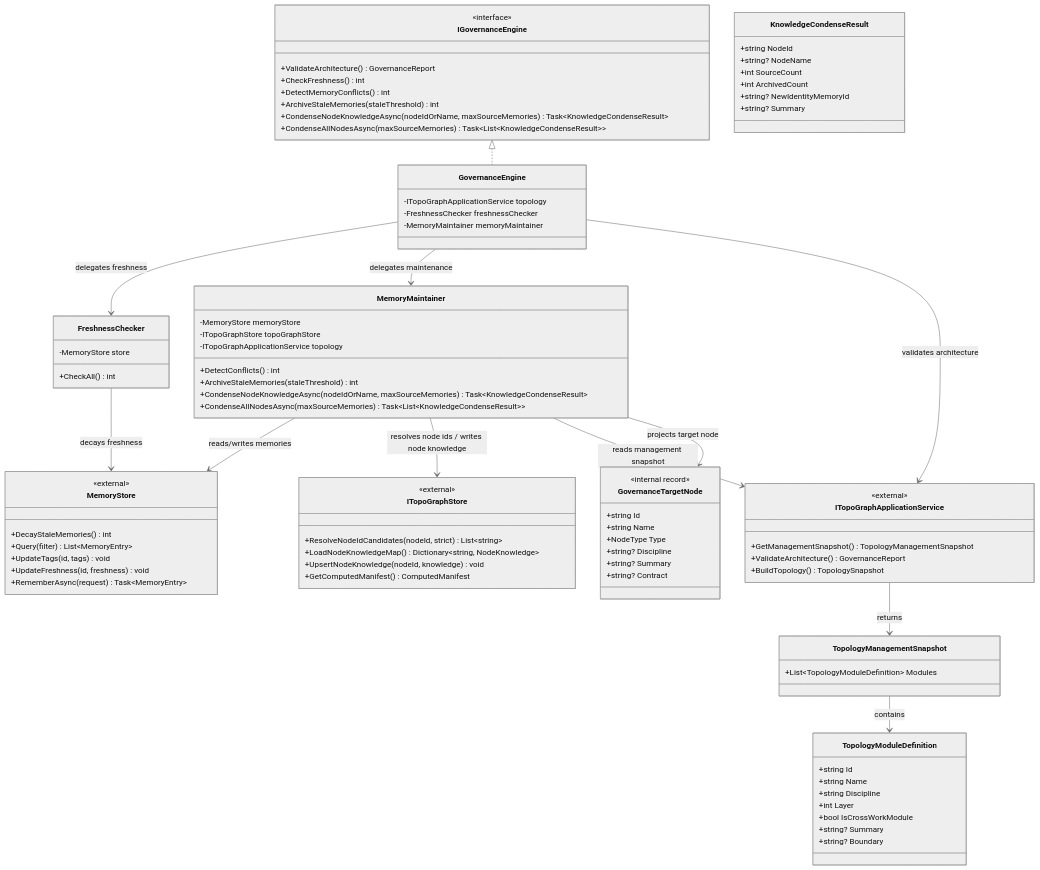
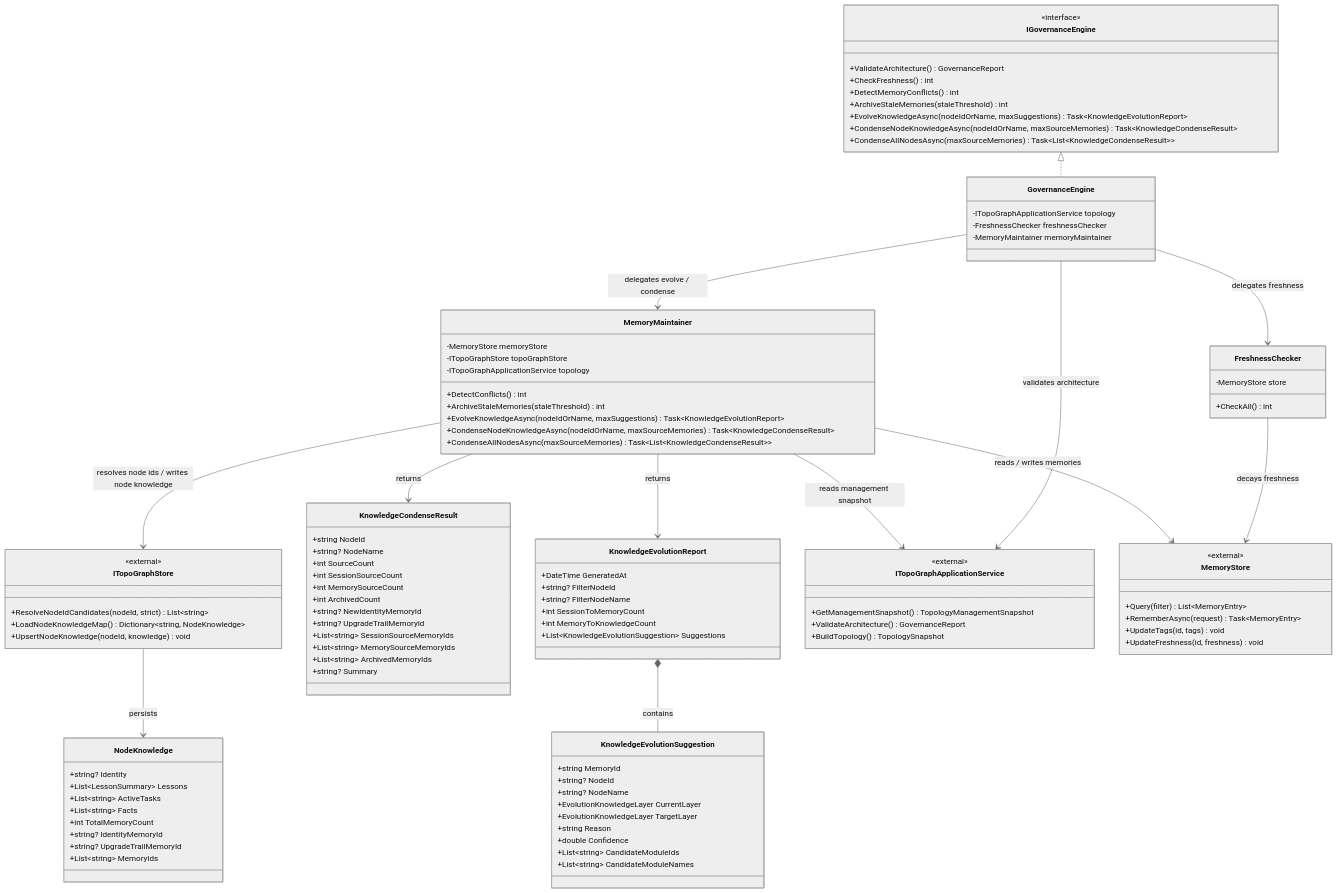
One commit to nan023062/project-dna changed the diagram in src/Dna.Knowledge/Governance/CLASS-DIAGRAM.md. Above: the diagram before and after it, drawn with Mermaid (neutral theme). The commit also changed other lines of this file and 30 other files, not shown here.

Commit message:
refactor memory governance and module knowledge flow

````diff
--- a/src/Dna.Knowledge/Governance/CLASS-DIAGRAM.md
+++ b/src/Dna.Knowledge/Governance/CLASS-DIAGRAM.md
@@ -16,6 +14,7 @@
         +CheckFreshness() int
         +DetectMemoryConflicts() int
         +ArchiveStaleMemories(staleThreshold) int
+        +EvolveKnowledgeAsync(nodeIdOrName, maxSuggestions) Task~KnowledgeEvolutionReport~
         +CondenseNodeKnowledgeAsync(nodeIdOrName, maxSourceMemories) Task~KnowledgeCondenseResult~
         +CondenseAllNodesAsync(maxSourceMemories) Task~List~KnowledgeCondenseResult~~
     }
@@ -37,50 +36,56 @@
         -ITopoGraphApplicationService topology
         +DetectConflicts() int
         +ArchiveStaleMemories(staleThreshold) int
+        +EvolveKnowledgeAsync(nodeIdOrName, maxSuggestions) Task~KnowledgeEvolutionReport~
         +CondenseNodeKnowledgeAsync(nodeIdOrName, maxSourceMemories) Task~KnowledgeCondenseResult~
         +CondenseAllNodesAsync(maxSourceMemories) Task~List~KnowledgeCondenseResult~~
     }
 
-    class GovernanceTargetNode {
-        <<internal record>>
-        +string Id
-        +string Name
-        +NodeType Type
-        +string? Discipline
-        +string? Summary
-        +string? Contract
+    class KnowledgeEvolutionReport {
+        +DateTime GeneratedAt
+        +string? FilterNodeId
+        +string? FilterNodeName
+        +int SessionToMemoryCount
+        +int MemoryToKnowledgeCount
+        +List~KnowledgeEvolutionSuggestion~ Suggestions
     }
 
-    class TopologyManagementSnapshot {
-        +List~TopologyModuleDefinition~ Modules
-    }
-
-    class TopologyModuleDefinition {
-        +string Id
-        +string Name
-        +string Discipline
-        +int Layer
-        +bool IsCrossWorkModule
-        +string? Summary
-        +string? Boundary
+    class KnowledgeEvolutionSuggestion {
+        +string MemoryId
+        +string? NodeId
+        +string? NodeName
+        +EvolutionKnowledgeLayer CurrentLayer
+        +EvolutionKnowledgeLayer TargetLayer
+        +string Reason
+        +double Confidence
+        +List~string~ CandidateModuleIds
+        +List~string~ CandidateModuleNames
     }
 
     class KnowledgeCondenseResult {
         +string NodeId
         +string? NodeName
         +int SourceCount
+        +int SessionSourceCount
+        +int MemorySourceCount
         +int ArchivedCount
         +string? NewIdentityMemoryId
+        +string? UpgradeTrailMemoryId
+        +List~string~ SessionSourceMemoryIds
+        +List~string~ MemorySourceMemoryIds
+        +List~string~ ArchivedMemoryIds
         +string? Summary
     }
 
-    class MemoryStore {
-        <<external>>
-        +DecayStaleMemories() int
-        +Query(filter) List~MemoryEntry~
-        +UpdateTags(id, tags) void
-        +UpdateFreshness(id, freshness) void
-        +RememberAsync(request) Task~MemoryEntry~
+    class NodeKnowledge {
+        +string? Identity
+        +List~LessonSummary~ Lessons
+        +List~string~ ActiveTasks
+        +List~string~ Facts
+        +int TotalMemoryCount
+        +string? IdentityMemoryId
+        +string? UpgradeTrailMemoryId
+        +List~string~ MemoryIds
     }
 
     class ITopoGraphStore {
@@ -88,7 +93,6 @@
         +ResolveNodeIdCandidates(nodeId, strict) List~string~
         +LoadNodeKnowledgeMap() Dictionary~string, NodeKnowledge~
         +UpsertNodeKnowledge(nodeId, knowledge) void
-        +GetComputedManifest() ComputedManifest
     }
 
     class ITopoGraphApplicationService {
@@ -98,18 +102,26 @@
         +BuildTopology() TopologySnapshot
     }
 
+    class MemoryStore {
+        <<external>>
+        +Query(filter) List~MemoryEntry~
+        +RememberAsync(request) Task~MemoryEntry~
+        +UpdateTags(id, tags) void
+        +UpdateFreshness(id, freshness) void
+    }
+
     IGovernanceEngine <|.. GovernanceEngine
-
     GovernanceEngine --> FreshnessChecker : delegates freshness
-    GovernanceEngine --> MemoryMaintainer : delegates maintenance
+    GovernanceEngine --> MemoryMaintainer : delegates evolve / condense
     GovernanceEngine --> ITopoGraphApplicationService : validates architecture
 
     FreshnessChecker --> MemoryStore : decays freshness
 
-    MemoryMaintainer --> MemoryStore : reads/writes memories
+    MemoryMaintainer --> MemoryStore : reads / writes memories
     MemoryMaintainer --> ITopoGraphStore : resolves node ids / writes node knowledge
     MemoryMaintainer --> ITopoGraphApplicationService : reads management snapshot
-    MemoryMaintainer --> GovernanceTargetNode : projects target node
-    ITopoGraphApplicationService --> TopologyManagementSnapshot : returns
-    TopologyManagementSnapshot --> TopologyModuleDefinition : contains
+    MemoryMaintainer --> KnowledgeEvolutionReport : returns
+    MemoryMaintainer --> KnowledgeCondenseResult : returns
+    KnowledgeEvolutionReport *-- KnowledgeEvolutionSuggestion : contains
+    ITopoGraphStore --> NodeKnowledge : persists
 ```
````
